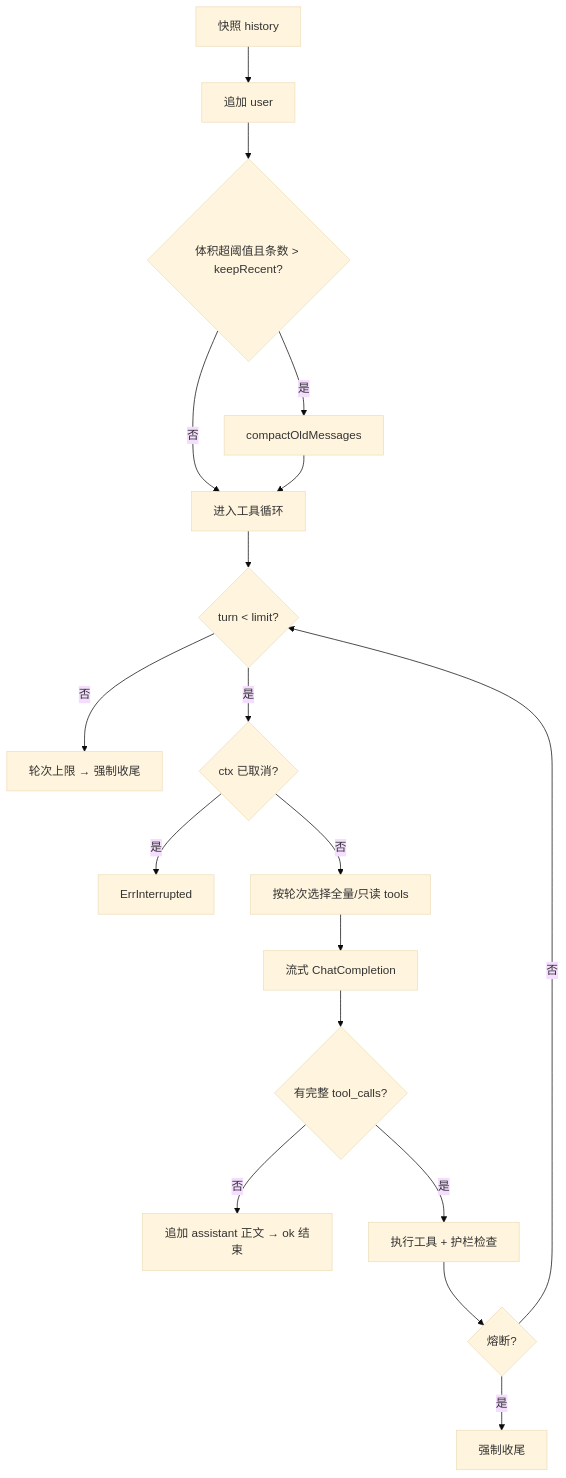
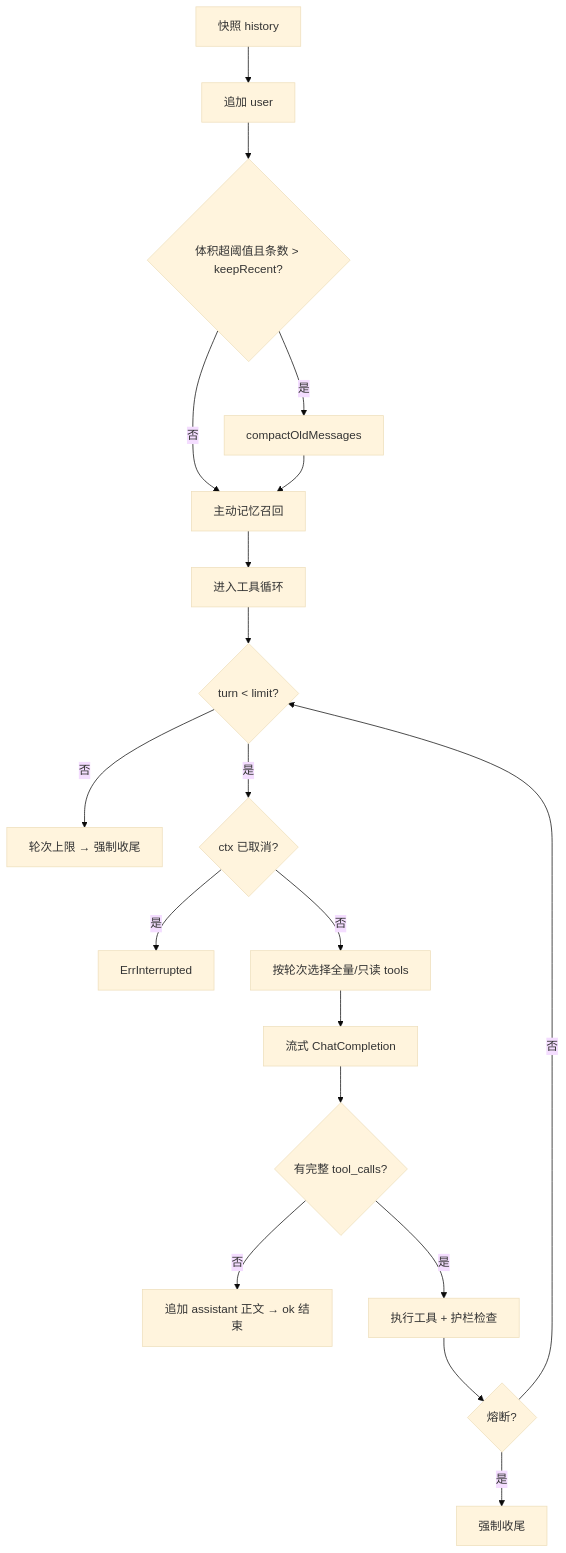
One commit to xgk1906806hjy/Hi-Agent changed the diagram in docs/chat/功能逻辑.md. Above: the diagram before and after it, drawn with Mermaid (base theme). The commit also changed other lines of this file and 16 other files, not shown here.

````diff
--- a/docs/chat/功能逻辑.md
+++ b/docs/chat/功能逻辑.md
@@ -93,20 +96,21 @@
 ```mermaid
 flowchart TD
   A[快照 history] --> B[追加 user]
   B --> C{体积超阈值且条数 > keepRecent?}
   C -->|是| D[compactOldMessages]
-  C -->|否| E[进入工具循环]
-  D --> E
+  C -->|否| R[主动记忆召回]
+  D --> R
+  R --> E[进入工具循环]
   E --> F{turn < limit?}
   F -->|否| G[轮次上限 → 强制收尾]
   F -->|是| H{ctx 已取消?}
   H -->|是| I[ErrInterrupted]
   H -->|否| J[按轮次选择全量/只读 tools]
   J --> K[流式 ChatCompletion]
   K --> L{有完整 tool_calls?}
   L -->|否| M[追加 assistant 正文 → ok 结束]
   L -->|是| N[执行工具 + 护栏检查]
   N --> O{熔断?}
   O -->|是| P[强制收尾]
   O -->|否| F
 ```
````
